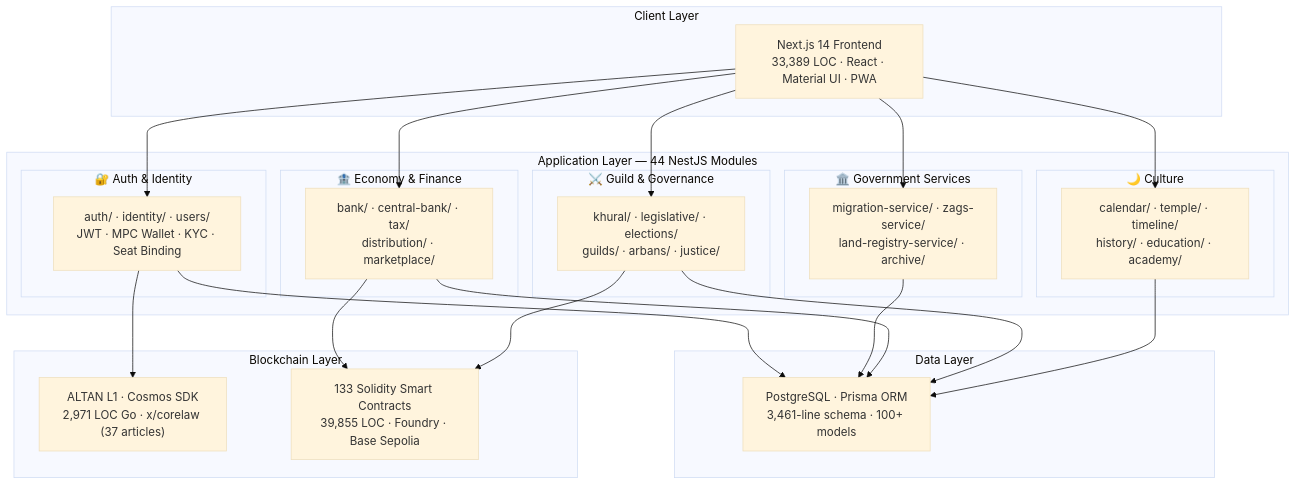
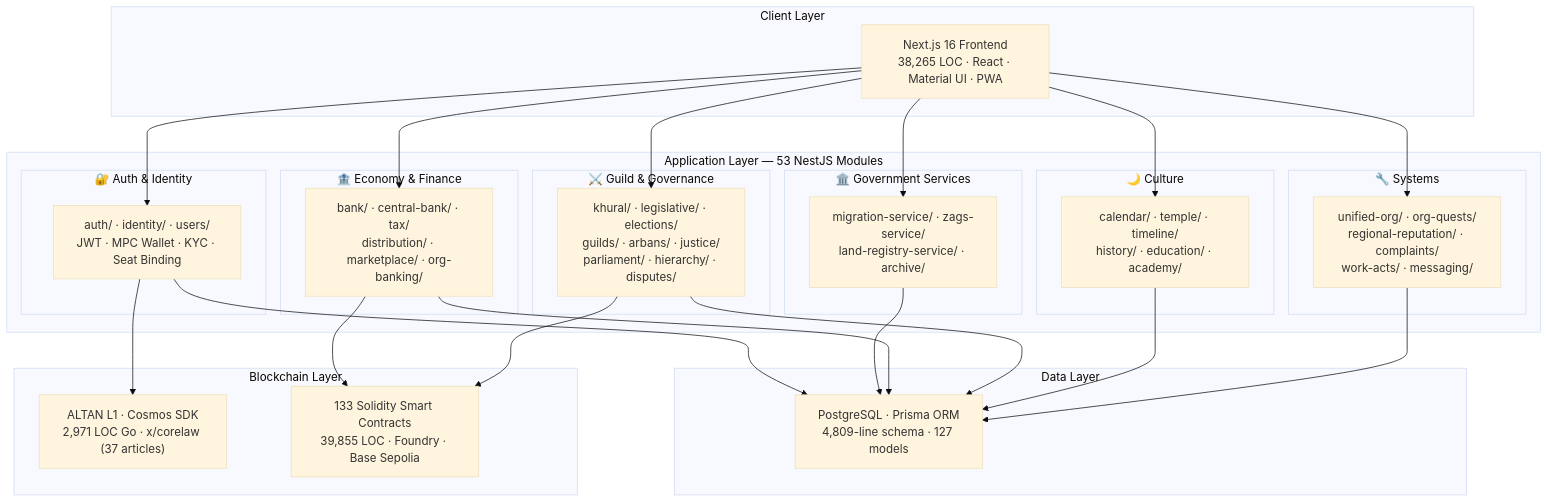
Before and after one commit to Khongirad/INOMAD: the first of 3 diagrams in README.md, drawn with Mermaid (base theme). The commit also changed other lines of this file and 3 other files, not shown here.

````diff
--- a/README.md
+++ b/README.md
@@ -43,47 +43,52 @@
 ```mermaid
 graph TB
     subgraph "Client Layer"
-        FE["Next.js 14 Frontend<br/>33,389 LOC · React · Material UI · PWA"]
+        FE["Next.js 16 Frontend<br/>38,265 LOC · React · Material UI · PWA"]
     end
 
-    subgraph "Application Layer — 44 NestJS Modules"
+    subgraph "Application Layer — 53 NestJS Modules"
         subgraph "🔐 Auth & Identity"
             AUTH["auth/ · identity/ · users/<br/>JWT · MPC Wallet · KYC · Seat Binding"]
         end
         subgraph "🏛️ Government Services"
             GOV["migration-service/ · zags-service/<br/>land-registry-service/ · archive/"]
         end
         subgraph "🏦 Economy & Finance"
-            ECON["bank/ · central-bank/ · tax/<br/>distribution/ · marketplace/"]
+            ECON["bank/ · central-bank/ · tax/<br/>distribution/ · marketplace/ · org-banking/"]
         end
         subgraph "⚔️ Guild & Governance"
-            GUILD["khural/ · legislative/ · elections/<br/>guilds/ · arbans/ · justice/"]
+            GUILD["khural/ · legislative/ · elections/<br/>guilds/ · arbans/ · justice/<br/>parliament/ · hierarchy/ · disputes/"]
         end
         subgraph "🌙 Culture"
             CULT["calendar/ · temple/ · timeline/<br/>history/ · education/ · academy/"]
         end
+        subgraph "🔧 Systems"
+            SYS["unified-org/ · org-quests/<br/>regional-reputation/ · complaints/<br/>work-acts/ · messaging/"]
+        end
     end
 
     subgraph "Data Layer"
-        DB["PostgreSQL · Prisma ORM<br/>3,461-line schema · 100+ models"]
+        DB["PostgreSQL · Prisma ORM<br/>4,809-line schema · 127 models"]
     end
 
     subgraph "Blockchain Layer"
         L1["ALTAN L1 · Cosmos SDK<br/>2,971 LOC Go · x/corelaw (37 articles)"]
         SC["133 Solidity Smart Contracts<br/>39,855 LOC · Foundry · Base Sepolia"]
     end
 
     FE --> AUTH
     FE --> GOV
     FE --> ECON
     FE --> GUILD
     FE --> CULT
+    FE --> SYS
     AUTH --> DB
     GOV --> DB
     ECON --> DB
     GUILD --> DB
     CULT --> DB
+    SYS --> DB
     ECON --> SC
     GUILD --> SC
     AUTH --> L1
 ```
````
